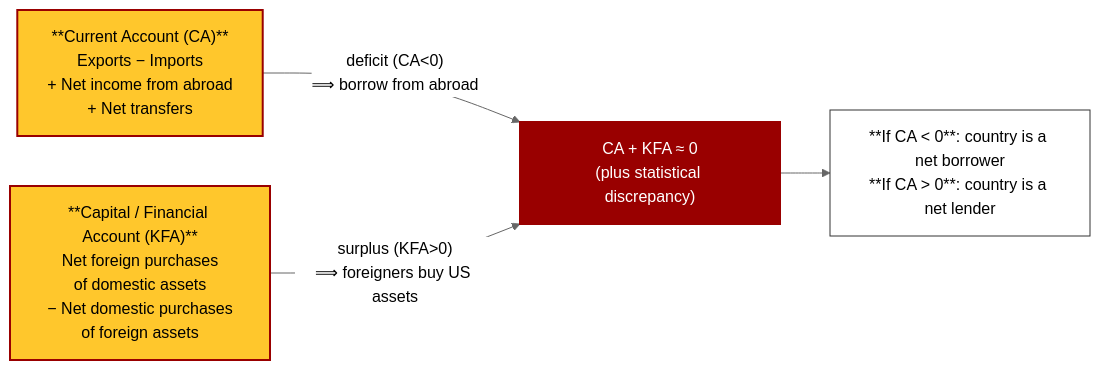
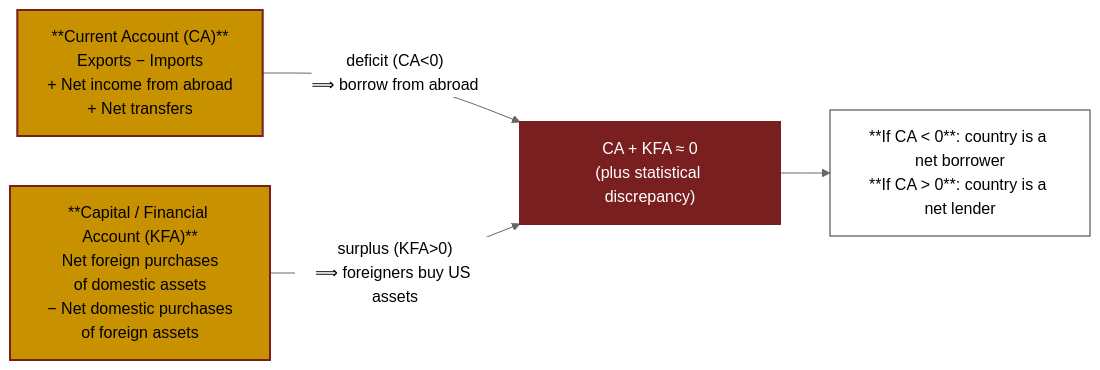
Before and after one commit to ihelfrich/hanna-finals-studyhub: the diagram in econ205/diagrams.qmd, drawn with Mermaid (neutral theme). The commit also changed other lines of this file and 31 other files, not shown here.

````diff
--- a/econ205/diagrams.qmd
+++ b/econ205/diagrams.qmd
@@ -402,19 +402,19 @@
 ```{mermaid}
 flowchart LR
   CA["**Current Account (CA)**<br/>Exports − Imports<br/>+ Net income from abroad<br/>+ Net transfers"]
   KA["**Capital / Financial Account (KFA)**<br/>Net foreign purchases<br/>of domestic assets<br/>− Net domestic purchases<br/>of foreign assets"]
   ID["CA + KFA ≈ 0<br/>(plus statistical discrepancy)"]
   CA -->|"deficit (CA<0)<br/>⟹ borrow from abroad"| ID
   KA -->|"surplus (KFA>0)<br/>⟹ foreigners buy US assets"| ID
   ID --> Result["**If CA < 0**: country is a net borrower<br/>**If CA > 0**: country is a net lender"]
 
-  classDef ca fill:#FFC72C,stroke:#990000,stroke-width:2px,color:#000
-  classDef kfa fill:#FFC72C,stroke:#990000,stroke-width:2px,color:#000
-  classDef id fill:#990000,stroke:#990000,stroke-width:2px,color:#fff
+  classDef ca fill:#c79100,stroke:#7a1f1f,stroke-width:2px,color:#000
+  classDef kfa fill:#c79100,stroke:#7a1f1f,stroke-width:2px,color:#000
+  classDef id fill:#7a1f1f,stroke:#7a1f1f,stroke-width:2px,color:#fff
   classDef result fill:#fff,stroke:#333,stroke-width:1px,color:#000
 
   class CA ca
   class KA kfa
   class ID id
   class Result result
 ```
````
